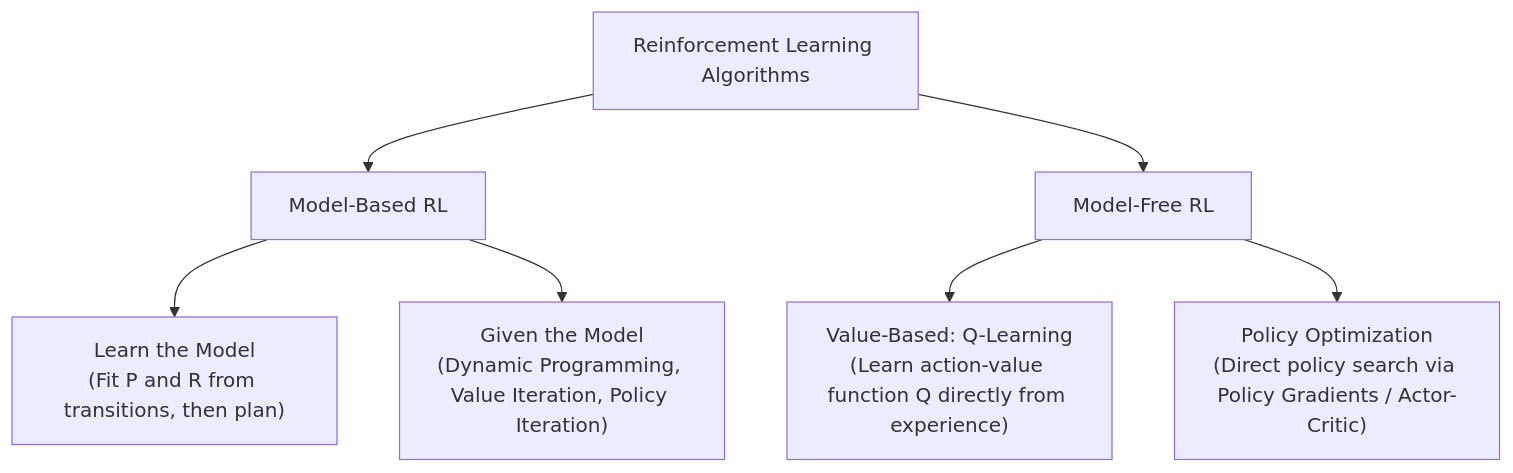
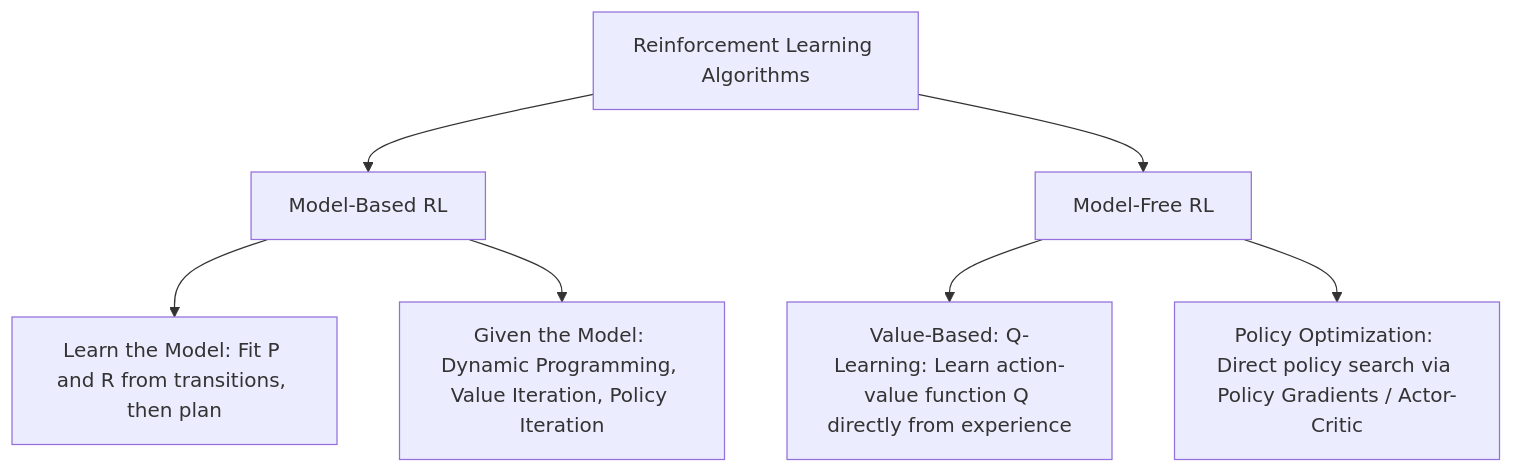
The seventh of 14 diagrams in notes/machine_learning/ssl_rl_and_intro_to_deep_learning.md (DeepLumiere/DeepSkills), drawn with Mermaid before and after one commit. The commit also changed other lines of this file and 56 other files, not shown here.

````diff
--- a/notes/machine_learning/ssl_rl_and_intro_to_deep_learning.md
+++ b/notes/machine_learning/ssl_rl_and_intro_to_deep_learning.md
@@ -538,11 +538,11 @@
 ```mermaid
 graph TD
     RL["Reinforcement Learning Algorithms"] --> MB["Model-Based RL"]
     RL --> MF["Model-Free RL"]
 
-    MB --> MBL["Learn the Model<br/>(Fit P and R from transitions, then plan)"]
-    MB --> MBG["Given the Model<br/>(Dynamic Programming, Value Iteration, Policy Iteration)"]
+    MB --> MBL["Learn the Model: Fit P and R from transitions, then plan"]
+    MB --> MBG["Given the Model: Dynamic Programming, Value Iteration, Policy Iteration"]
 
-    MF --> QL["Value-Based: Q-Learning<br/>(Learn action-value function Q directly from experience)"]
-    MF --> PO["Policy Optimization<br/>(Direct policy search via Policy Gradients / Actor-Critic)"]
+    MF --> QL["Value-Based: Q-Learning: Learn action-value function Q directly from experience"]
+    MF --> PO["Policy Optimization: Direct policy search via Policy Gradients / Actor-Critic"]
 ```
````
